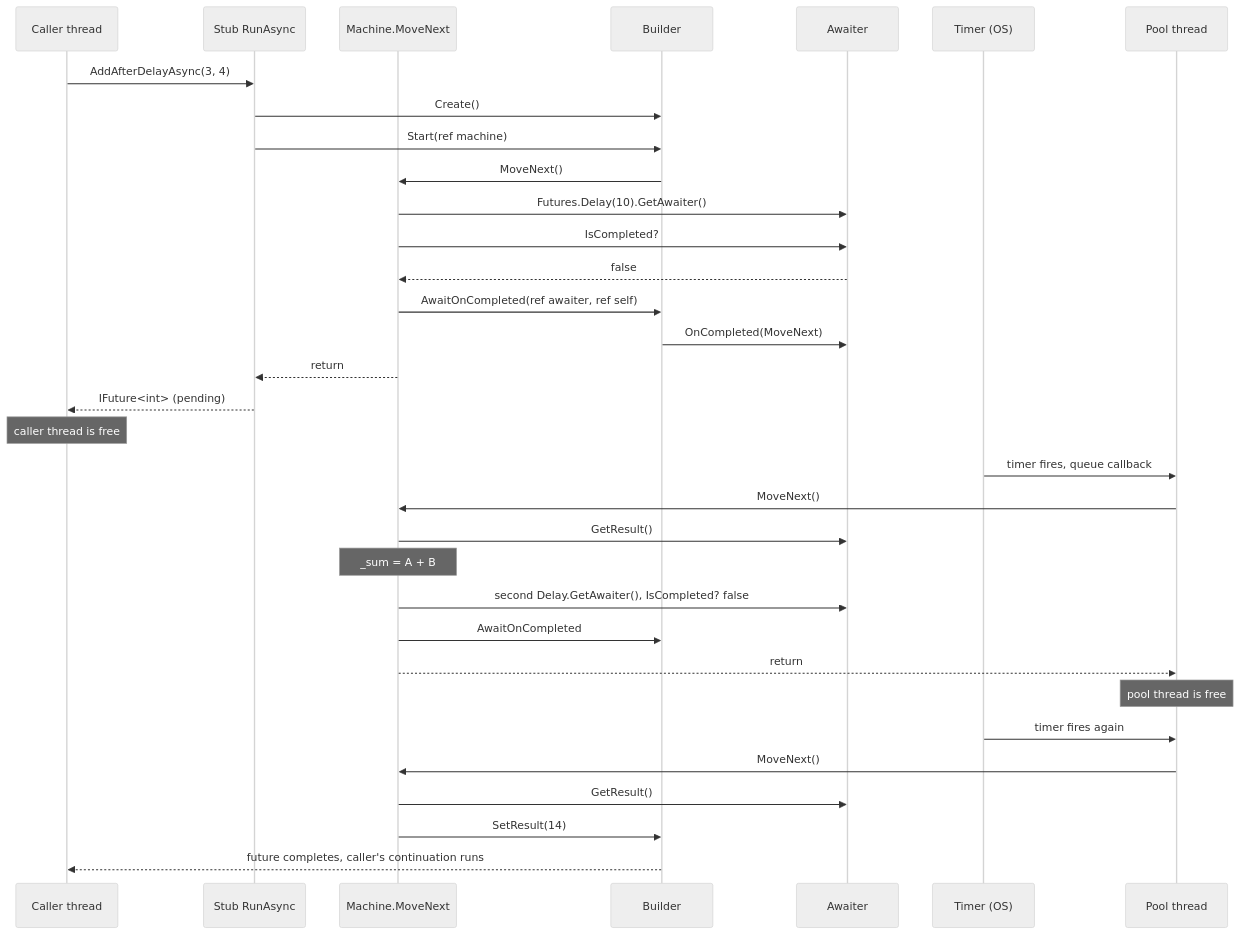
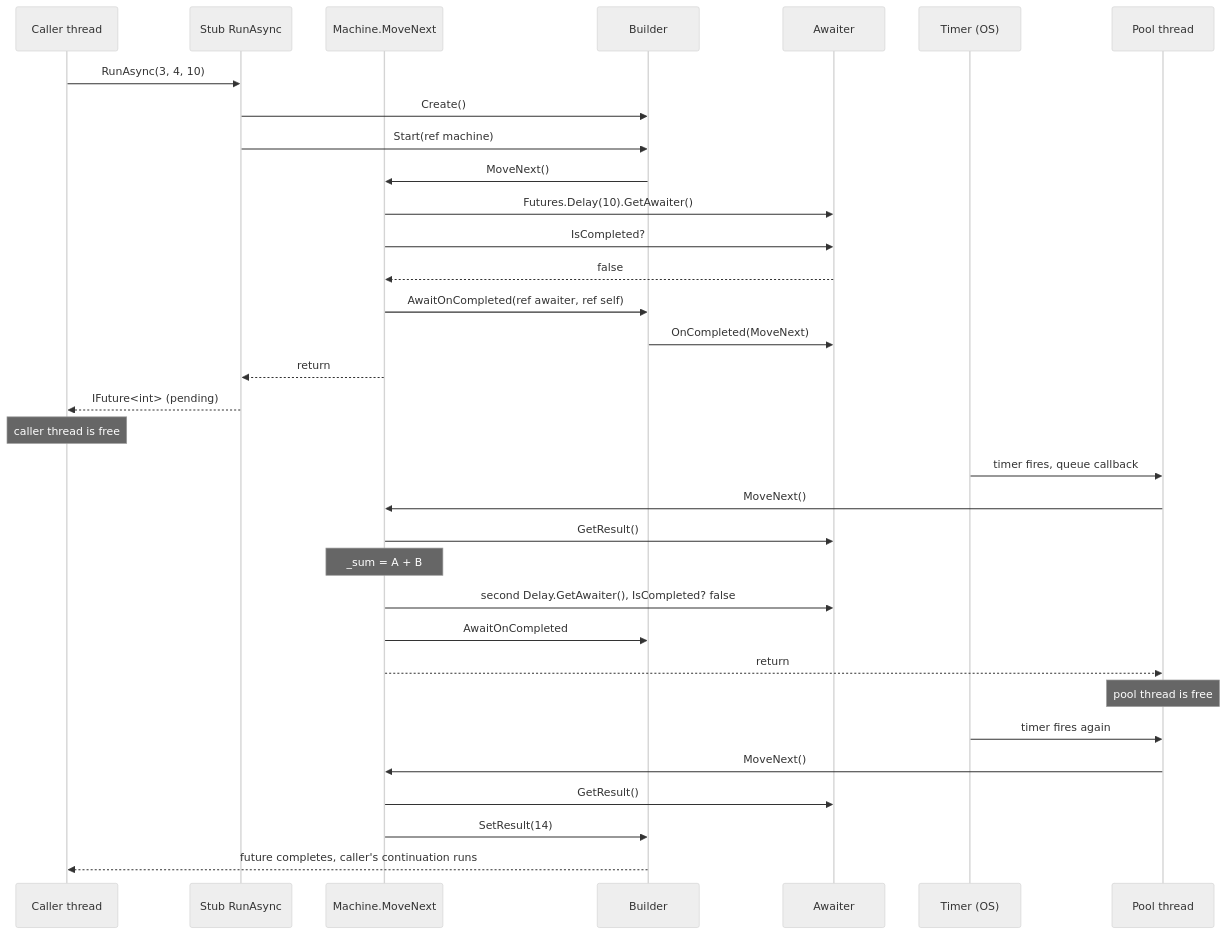
Before and after one commit to mmpworks/MMP.AsyncProxy: the third of 3 diagrams in docs/course/04-awaiter-and-builder.md, drawn with Mermaid (neutral theme). The commit also changed other lines of this file and 72 other files, not shown here.

````diff
--- a/docs/course/04-awaiter-and-builder.md
+++ b/docs/course/04-awaiter-and-builder.md
@@ -177,38 +177,38 @@
 ```mermaid
 sequenceDiagram
     participant C as Caller thread
     participant S as Stub RunAsync
     participant M as Machine.MoveNext
     participant B as Builder
     participant A as Awaiter
     participant T as Timer (OS)
     participant P as Pool thread
 
-    C->>S: AddAfterDelayAsync(3, 4)
+    C->>S: RunAsync(3, 4, 10)
     S->>B: Create()
     S->>B: Start(ref machine)
     B->>M: MoveNext()
     M->>A: Futures.Delay(10).GetAwaiter()
     M->>A: IsCompleted?
     A-->>M: false
     M->>B: AwaitOnCompleted(ref awaiter, ref self)
     B->>A: OnCompleted(MoveNext)
     M-->>S: return
     S-->>C: IFuture<int> (pending)
     Note over C: caller thread is free
 
     T->>P: timer fires, queue callback
     P->>M: MoveNext()
     M->>A: GetResult()
     Note over M: _sum = A + B
     M->>A: second Delay.GetAwaiter(), IsCompleted? false
     M->>B: AwaitOnCompleted
     M-->>P: return
     Note over P: pool thread is free
 
     T->>P: timer fires again
     P->>M: MoveNext()
     M->>A: GetResult()
     M->>B: SetResult(14)
     B-->>C: future completes, caller's continuation runs
 ```
````
